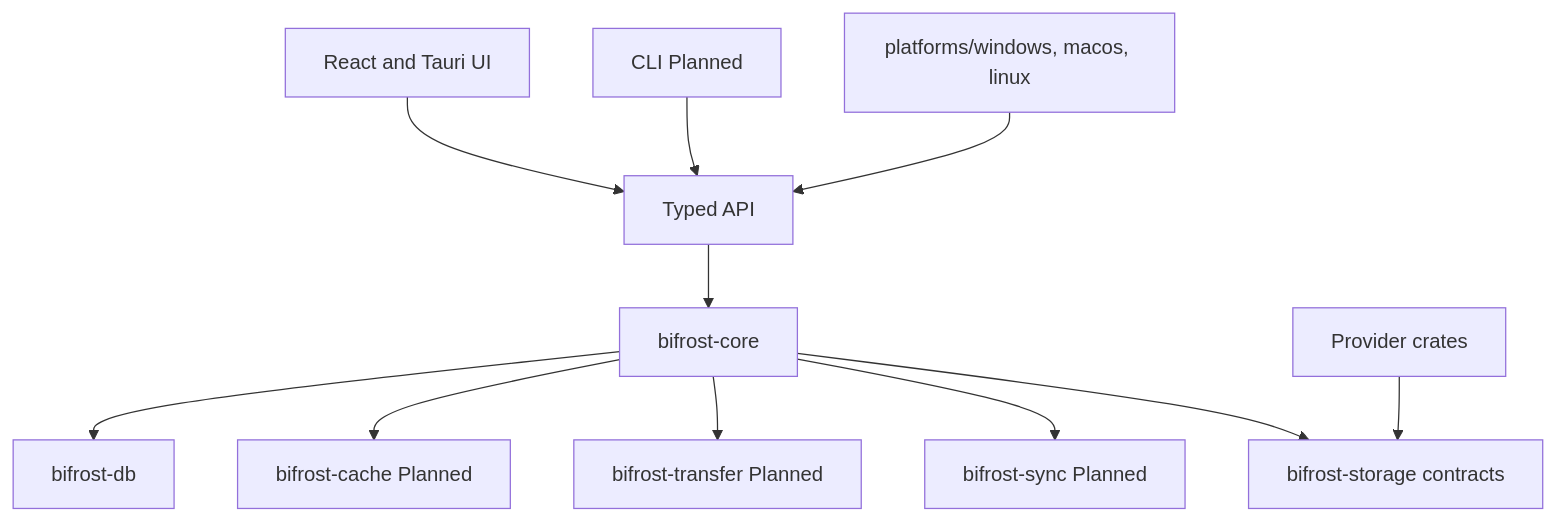
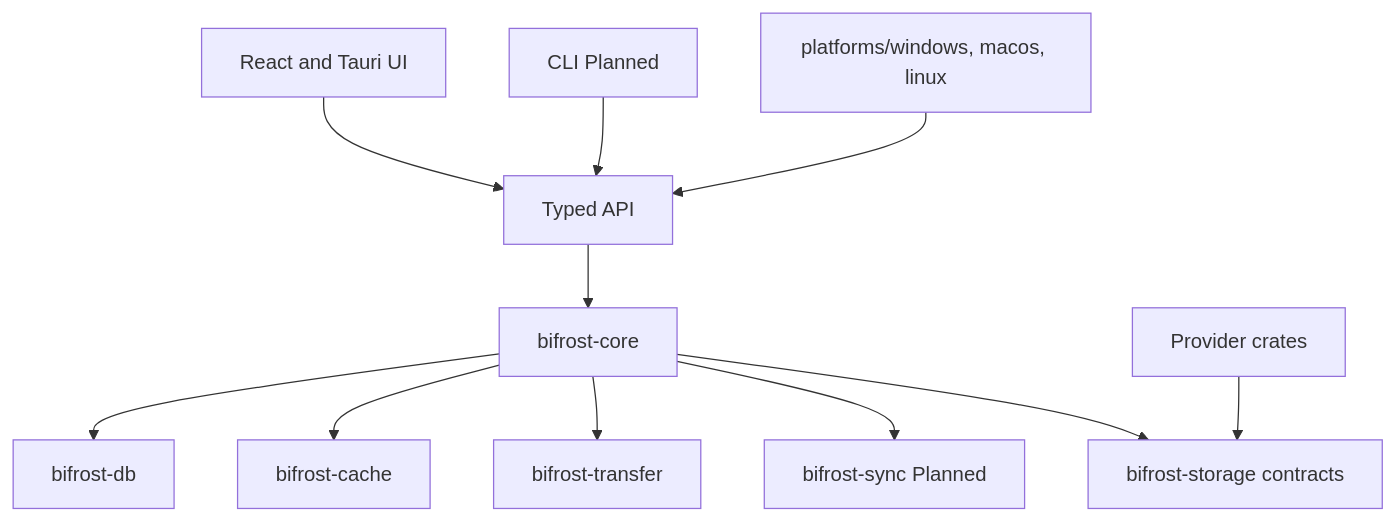
The diagram in docs/architecture.md (Wolfskii/Bifrost-Drive), drawn with Mermaid before and after one commit. The commit also changed 24 other files, not shown here.

````diff
--- a/docs/architecture.md
+++ b/docs/architecture.md
@@ -5,13 +5,13 @@
 ```mermaid
 flowchart TD
   UI[React and Tauri UI] --> API[Typed API]
   CLI[CLI Planned] --> API
   API --> CORE[bifrost-core]
   CORE --> DB[bifrost-db]
-  CORE --> CACHE[bifrost-cache Planned]
-  CORE --> TRANSFER[bifrost-transfer Planned]
+  CORE --> CACHE[bifrost-cache]
+  CORE --> TRANSFER[bifrost-transfer]
   CORE --> SYNC[bifrost-sync Planned]
   PROVIDERS[Provider crates] --> STORAGE[bifrost-storage contracts]
   CORE --> STORAGE
   PLATFORM[platforms/windows, macos, linux] --> API
 ```
````
